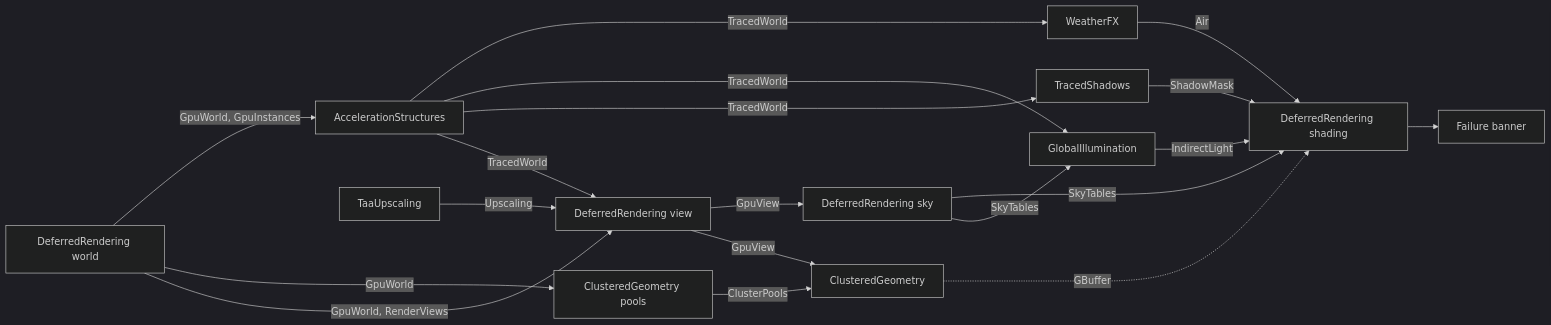
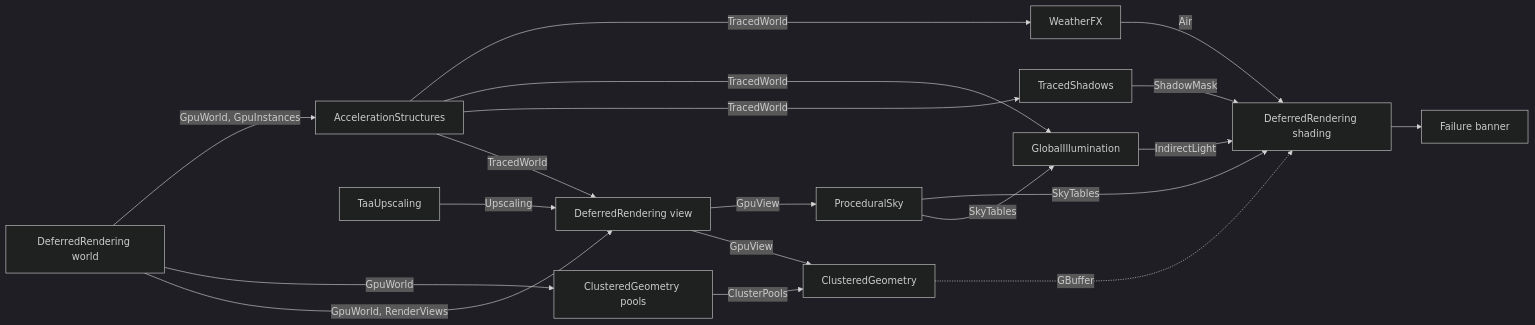
One commit to Konfus-org/Magic changed the diagram in docs/RENDERING.md. Above: the diagram before and after it, drawn with Mermaid (dark theme). The commit also changed other lines of this file and 20 other files, not shown here.

First line of the commit message:
feat: Make the procedural sky a gem of its own, ProceduralSky

````diff
--- a/docs/RENDERING.md
+++ b/docs/RENDERING.md
@@ -11,21 +11,21 @@
 ```mermaid
 flowchart LR
     World[DeferredRendering world] -- GpuWorld, RenderViews --> View[DeferredRendering view]
     World -- GpuWorld --> Pools[ClusteredGeometry pools]
     World -- GpuWorld, GpuInstances --> Accel[AccelerationStructures]
     Taa[TaaUpscaling] -- Upscaling --> View
     Accel -- TracedWorld --> View
     View -- GpuView --> Clusters[ClusteredGeometry]
-    View -- GpuView --> Sky[DeferredRendering sky]
+    View -- GpuView --> Sky[ProceduralSky]
     Sky -- SkyTables --> GI
     Sky -- SkyTables --> Shading
     Pools -- ClusterPools --> Clusters
     Accel -- TracedWorld --> Shadows[TracedShadows]
     Accel -- TracedWorld --> GI[GlobalIllumination]
     Accel -- TracedWorld --> Vol[WeatherFX]
     Shadows -- ShadowMask --> Shading[DeferredRendering shading]
     GI -- IndirectLight --> Shading
     Vol -- Air --> Shading
     Clusters -. GBuffer .-> Shading
     Shading --> Banner[Failure banner]
 ```
````
